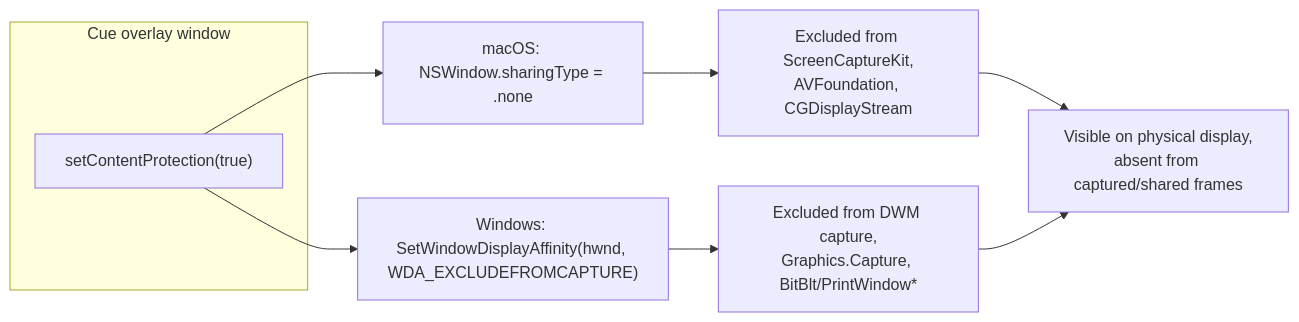
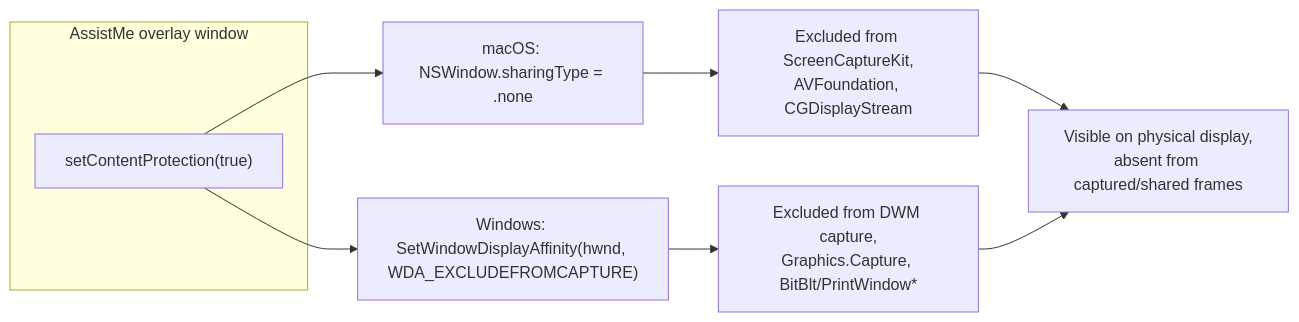
Before and after one commit to DarwinCamahalan/meeting-note-taker-ai: the second of 6 diagrams in docs/10-desktop-app.md, drawn with Mermaid. The commit also changed other lines of this file and 60 other files, not shown here.

Commit message:
chore: rebrand Cue -> AssistMe (user-facing name across web/docs/desktop; @cue/* package scope, identifiers, protocol, env unchanged)

````diff
--- a/docs/10-desktop-app.md
+++ b/docs/10-desktop-app.md
@@ -182,14 +182,14 @@
 ```mermaid
 flowchart LR
-    subgraph APP["Cue overlay window"]
+    subgraph APP["AssistMe overlay window"]
         CP["setContentProtection(true)"]
     end
     CP --> MAC["macOS: NSWindow.sharingType = .none"]
     CP --> WIN["Windows: SetWindowDisplayAffinity(hwnd, WDA_EXCLUDEFROMCAPTURE)"]
 
     MAC --> MACOUT["Excluded from ScreenCaptureKit,<br/>AVFoundation, CGDisplayStream"]
     WIN --> WINOUT["Excluded from DWM capture,<br/>Graphics.Capture, BitBlt/PrintWindow*"]
 
     MACOUT --> SEEN["Visible on physical display,<br/>absent from captured/shared frames"]
     WINOUT --> SEEN
 ```
````
